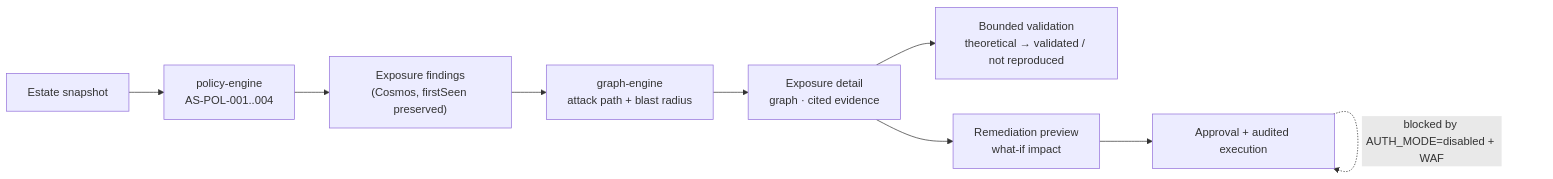
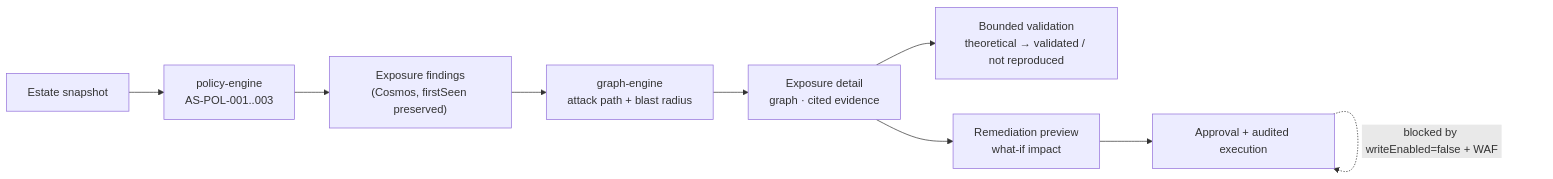
Before and after one commit to YOONPYOGitHub/agent-sentinel: the second of 2 diagrams in docs/product-overview.md, drawn with Mermaid. The commit also changed other lines of this file and 35 other files, not shown here.

````diff
--- a/docs/product-overview.md
+++ b/docs/product-overview.md
@@ -66,11 +66,11 @@
 ```mermaid
 flowchart LR
-    S["Estate snapshot"] --> P["policy-engine<br/>AS-POL-001..004"]
+    S["Estate snapshot"] --> P["policy-engine<br/>AS-POL-001..003"]
     P --> F["Exposure findings<br/>(Cosmos, firstSeen preserved)"]
     F --> G["graph-engine<br/>attack path + blast radius"]
     G --> D["Exposure detail<br/>graph · cited evidence"]
     D --> V["Bounded validation<br/>theoretical → validated / not reproduced"]
     D --> R["Remediation preview<br/>what-if impact"]
     R --> A["Approval + audited execution"]
-    A -.blocked by AUTH_MODE=disabled + WAF.-> A
+    A -.blocked by writeEnabled=false + WAF.-> A
 ```
````
